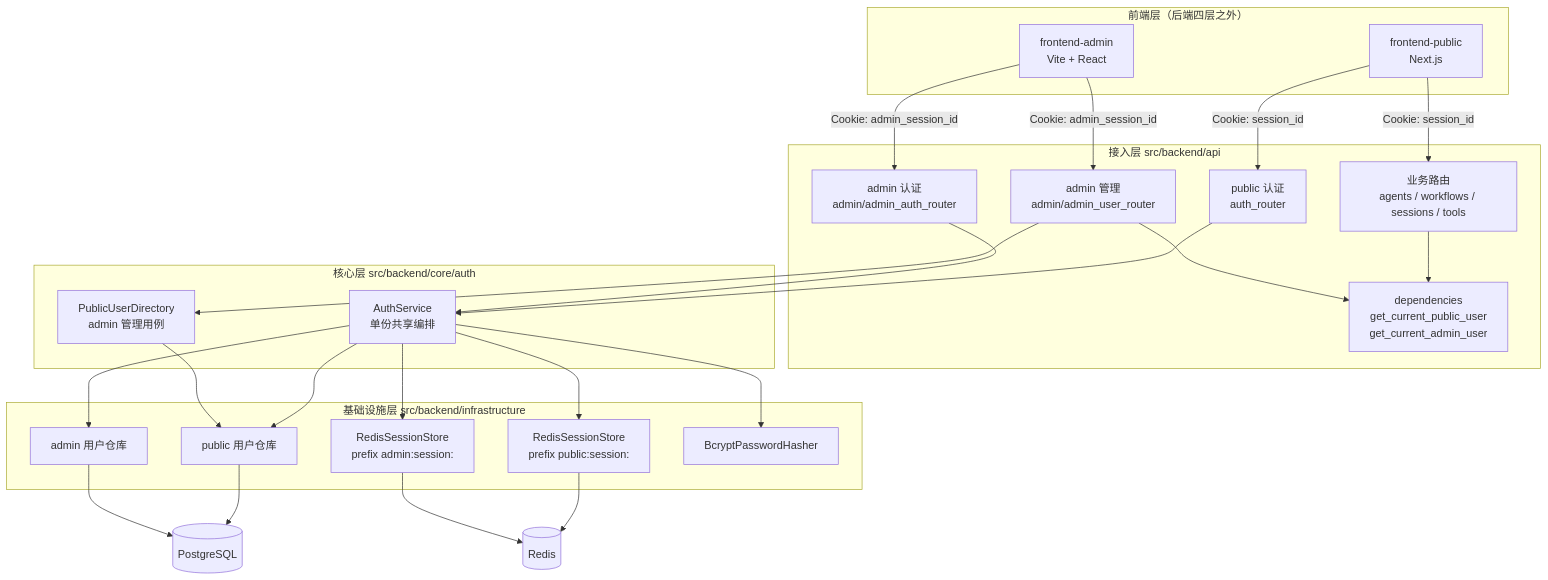
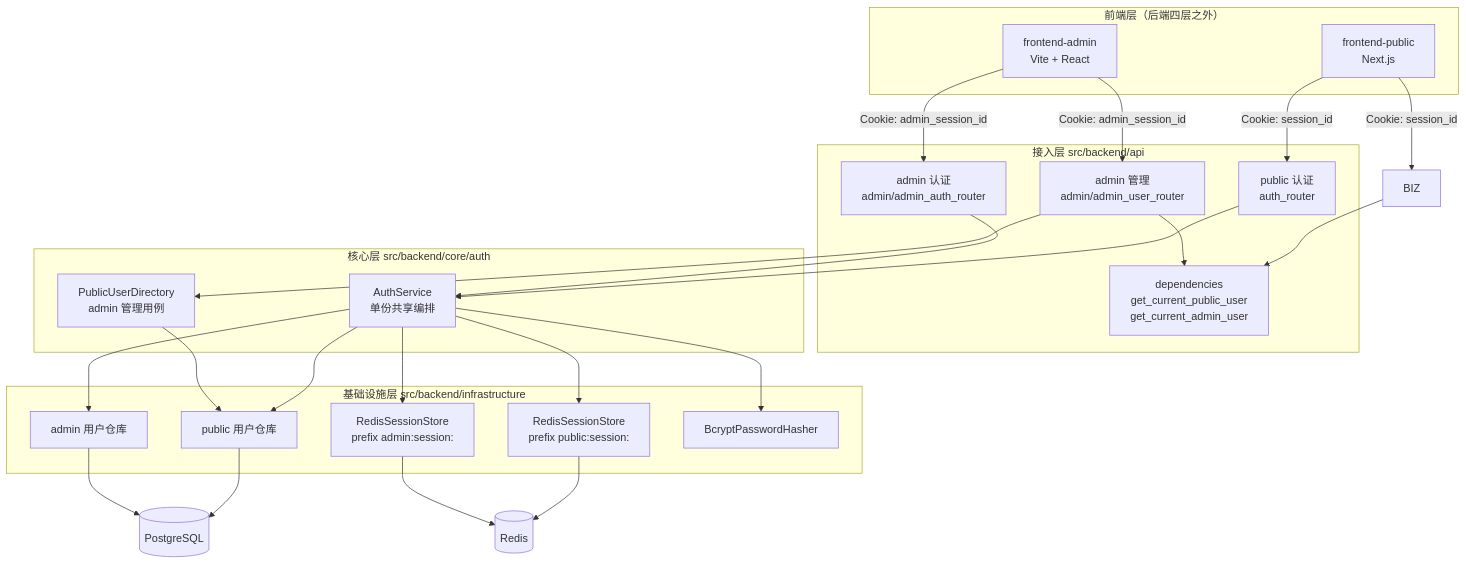
The first of 6 diagrams in docs/architecture/authentication.md (ZataZhang/zata-codes-template), drawn with Mermaid before and after one commit. The commit also changed other lines of this file and 116 other files, not shown here.

````diff
--- a/docs/architecture/authentication.md
+++ b/docs/architecture/authentication.md
@@ -12,54 +12,53 @@
 ```mermaid
 flowchart TD
     subgraph FE["前端层（后端四层之外）"]
         PFE["frontend-public<br/>Next.js"]
         AFE["frontend-admin<br/>Vite + React"]
     end
 
     subgraph API["接入层 src/backend/api"]
         PAUTH["public 认证<br/>auth_router"]
         AAUTH["admin 认证<br/>admin/admin_auth_router"]
         AUSERS["admin 管理<br/>admin/admin_user_router"]
-        BIZ["业务路由<br/>agents / workflows / sessions / tools"]
         DEP["dependencies<br/>get_current_public_user<br/>get_current_admin_user"]
     end
 
     subgraph CORE["核心层 src/backend/core/auth"]
         SVC["AuthService<br/>单份共享编排"]
         DIR["PublicUserDirectory<br/>admin 管理用例"]
     end
 
     subgraph INFRA["基础设施层 src/backend/infrastructure"]
         PREPO["public 用户仓库"]
         AREPO["admin 用户仓库"]
         RPUB["RedisSessionStore<br/>prefix public:session:"]
         RADM["RedisSessionStore<br/>prefix admin:session:"]
         HASH["BcryptPasswordHasher"]
     end
 
     REDIS[("Redis")]
     PG[("PostgreSQL")]
 
     PFE -->|"Cookie: session_id"| PAUTH
     PFE -->|"Cookie: session_id"| BIZ
     AFE -->|"Cookie: admin_session_id"| AAUTH
     AFE -->|"Cookie: admin_session_id"| AUSERS
 
     PAUTH --> SVC
     AAUTH --> SVC
     BIZ --> DEP
     AUSERS --> DEP
     AUSERS --> DIR
 
     SVC --> PREPO
     SVC --> AREPO
     SVC --> RPUB
     SVC --> RADM
     SVC --> HASH
     DIR --> PREPO
 
     PREPO --> PG
     AREPO --> PG
     RPUB --> REDIS
     RADM --> REDIS
 ```
````
